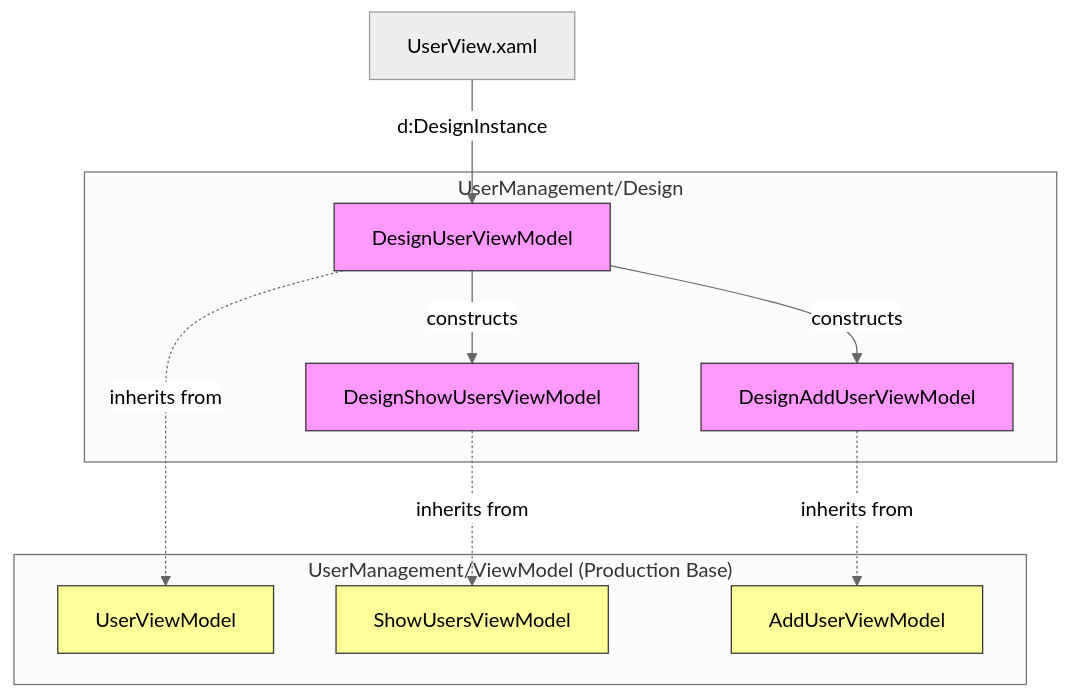
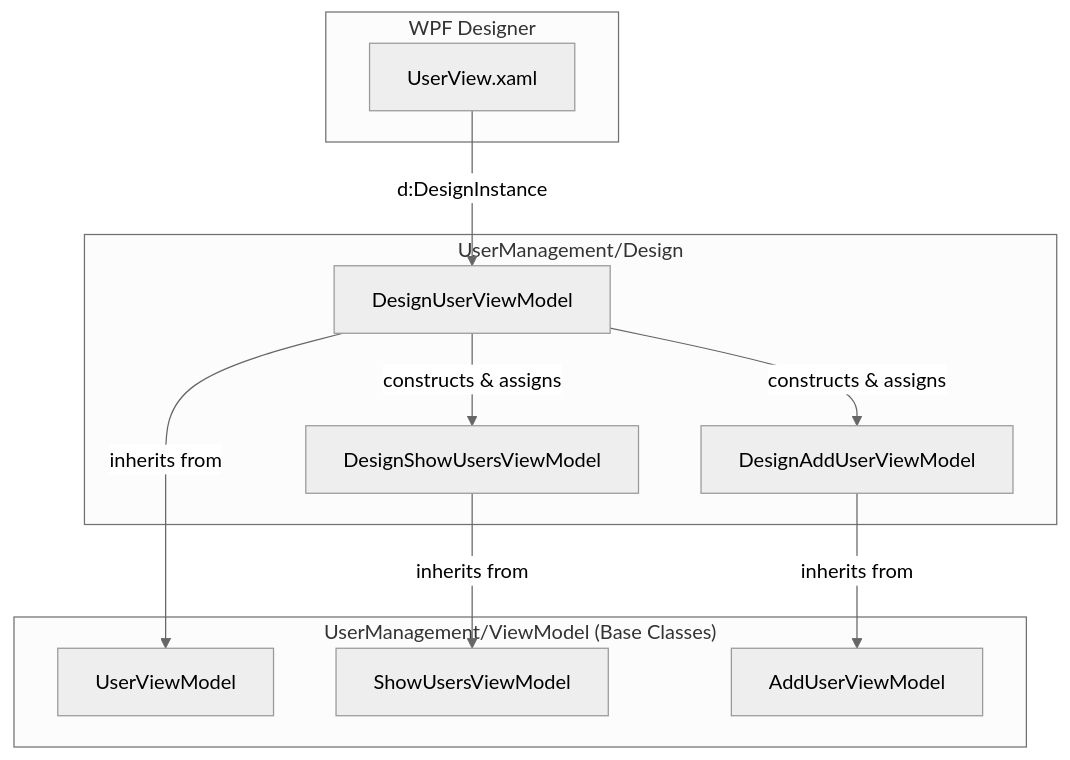
The diagram in doc/UserManagement/Design.md (wetzlmaier-scch/mvvm), drawn with Mermaid (neutral theme) before and after one commit. The commit also changed other lines of this file and 132 other files, not shown here.

````diff
--- a/doc/UserManagement/Design.md
+++ b/doc/UserManagement/Design.md
@@ -21,24 +21,25 @@
 ```mermaid
 flowchart TD
-    XAML["UserView.xaml"] -->|d:DesignInstance| DUV["DesignUserViewModel"]
-    
-    subgraph "UserManagement/Design"
-        DUV -->|constructs| DSUV["DesignShowUsersViewModel"]
-        DUV -->|constructs| DAVM["DesignAddUserViewModel"]
+    subgraph "WPF Designer"
+        XAML[UserView.xaml]
     end
 
-    subgraph "UserManagement/ViewModel (Production Base)"
-        UV["UserViewModel"] 
-        SSV["ShowUsersViewModel"]
-        AUV["AddUserViewModel"]
+    subgraph "UserManagement/Design"
+        DVVM[DesignUserViewModel]
+        DSVVM[DesignShowUsersViewModel]
+        DAVVM[DesignAddUserViewModel]
     end
 
-    DUV -.->|inherits from| UV
-    DSUV -.->|inherits from| SSV
-    DAVM -.->|inherits from| AUV
+    subgraph "UserManagement/ViewModel (Base Classes)"
+        VVM[UserViewModel]
+        SVVM[ShowUsersViewModel]
+        AVVM[AddUserViewModel]
+    end
 
-    classDef design fill:#f9f,stroke:#333,stroke-width:1px
-    classDef prod fill:#ff9,stroke:#333,stroke-width:1px
-    class DUV,DSUV,DAVM design
-    class UV,SSV,AUV prod
+    XAML -->|"d:DesignInstance"| DVVM
+    DVVM -->|"inherits from"| VVM
+    DVVM -->|"constructs & assigns"| DSVVM
+    DVVM -->|"constructs & assigns"| DAVVM
+    DSVVM -->|"inherits from"| SVVM
+    DAVVM -->|"inherits from"| AVVM
 ```
````
